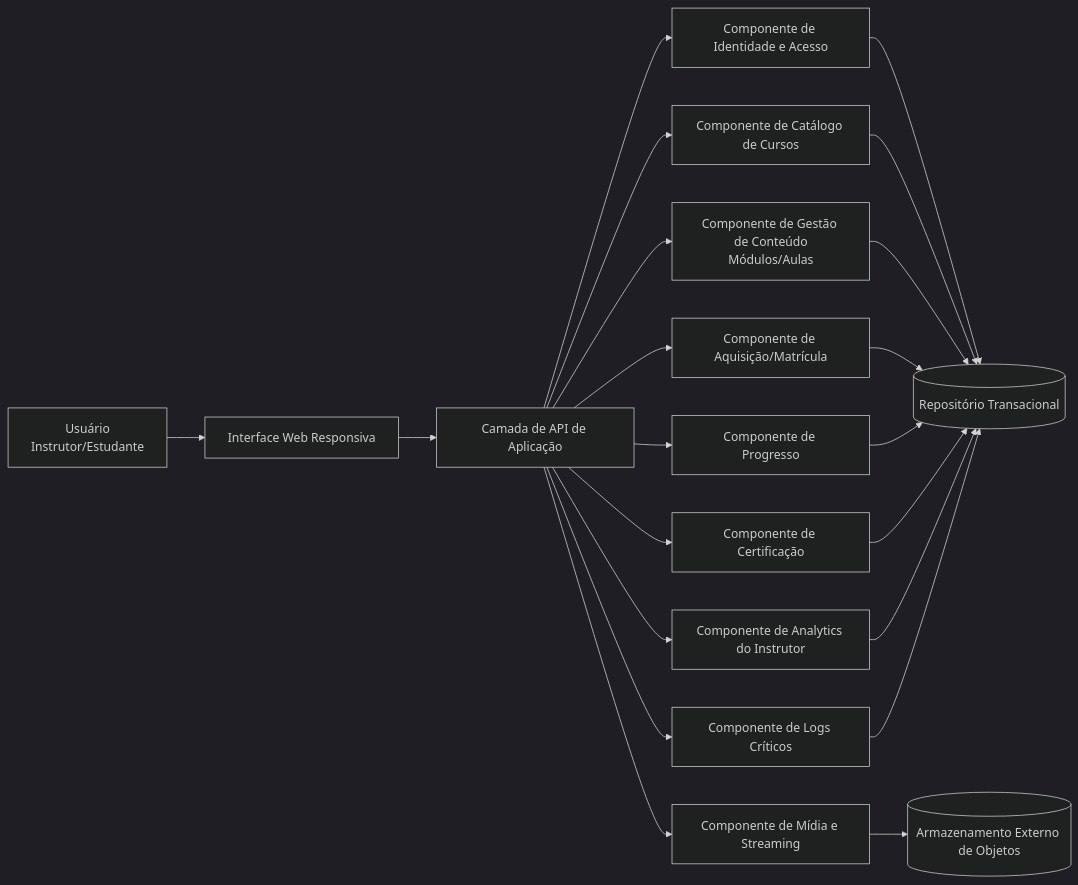
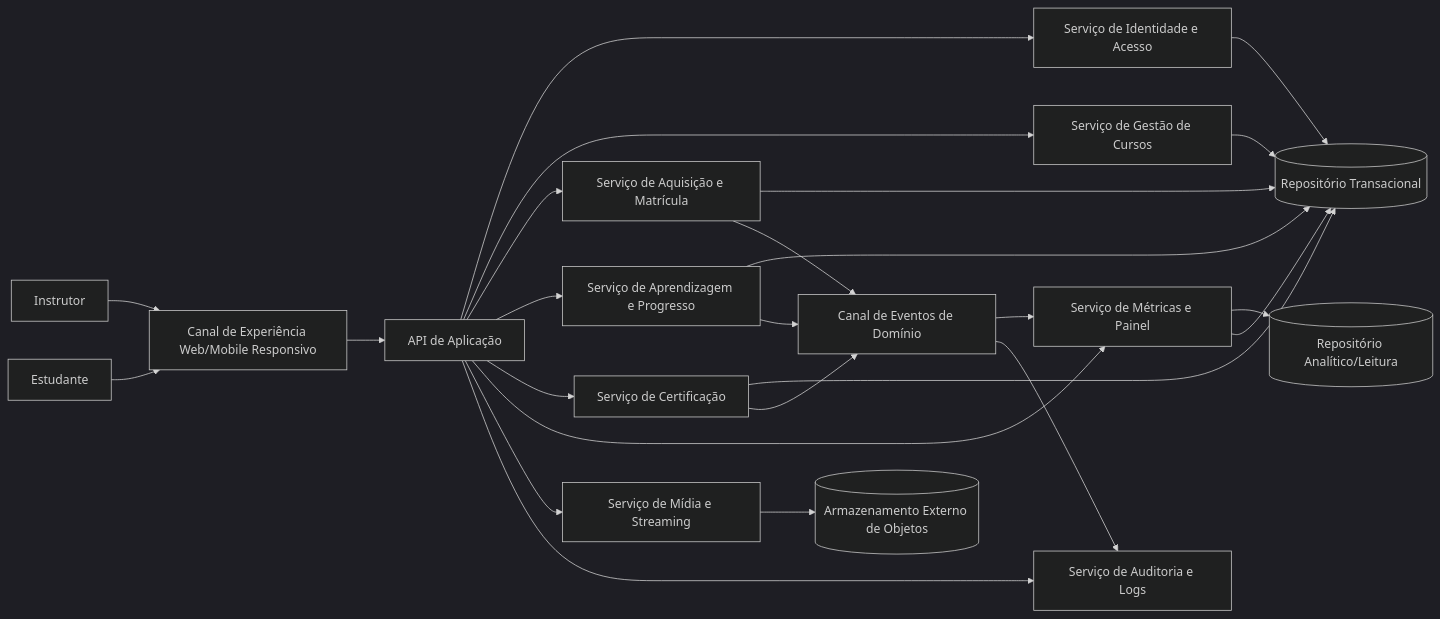
One commit to PDC-ESIA/AI4ES changed the first of 2 diagrams in docs/Time_2_Design/analise-qualitativa/outputs/relatorio_gpt_5_3_codex_M01.md. Above: the diagram before and after it, drawn with Mermaid (dark theme). The commit also changed other lines of this file and 107 other files, not shown here.

````diff
--- a/docs/Time_2_Design/analise-qualitativa/outputs/relatorio_gpt_5_3_codex_M01.md
+++ b/docs/Time_2_Design/analise-qualitativa/outputs/relatorio_gpt_5_3_codex_M01.md
@@ -38,26 +48,30 @@
 ```mermaid
 flowchart LR
-    U[Usuário\nInstrutor/Estudante] --> UI[Interface Web Responsiva]
+    U1[Instrutor] --> UI[Canal de Experiência Web/Mobile Responsivo]
+    U2[Estudante] --> UI
 
-    UI --> API[Camada de API de Aplicação]
+    UI --> API[API de Aplicação]
+    API --> IAM[Serviço de Identidade e Acesso]
+    API --> COURSE[Serviço de Gestão de Cursos]
+    API --> ENROLL[Serviço de Aquisição e Matrícula]
+    API --> LEARN[Serviço de Aprendizagem e Progresso]
+    API --> CERT[Serviço de Certificação]
+    API --> ANALYTICS[Serviço de Métricas e Painel]
+    API --> MEDIA[Serviço de Mídia e Streaming]
+    API --> LOG[Serviço de Auditoria e Logs]
 
-    API --> IAM[Componente de Identidade e Acesso]
-    API --> CAT[Componente de Catálogo de Cursos]
-    API --> CNT[Componente de Gestão de Conteúdo\nMódulos/Aulas]
-    API --> MED[Componente de Mídia e Streaming]
-    API --> ENR[Componente de Aquisição/Matrícula]
-    API --> PRG[Componente de Progresso]
-    API --> CERT[Componente de Certificação]
-    API --> ANL[Componente de Analytics do Instrutor]
-    API --> LOG[Componente de Logs Críticos]
+    COURSE --> REPO[(Repositório Transacional)]
+    ENROLL --> REPO
+    LEARN --> REPO
+    IAM --> REPO
+    CERT --> REPO
+    ANALYTICS --> READ[(Repositório Analítico/Leitura)]
+    ANALYTICS --> REPO
 
-    MED --> OBJ[(Armazenamento Externo de Objetos)]
-    IAM --> DB[(Repositório Transacional)]
-    CAT --> DB
-    CNT --> DB
-    ENR --> DB
-    PRG --> DB
-    CERT --> DB
-    ANL --> DB
-    LOG --> DB
+    MEDIA --> OBJ[(Armazenamento Externo de Objetos)]
+    LEARN --> EVENTS[Canal de Eventos de Domínio]
+    ENROLL --> EVENTS
+    CERT --> EVENTS
+    EVENTS --> ANALYTICS
+    EVENTS --> LOG
 ```
````
